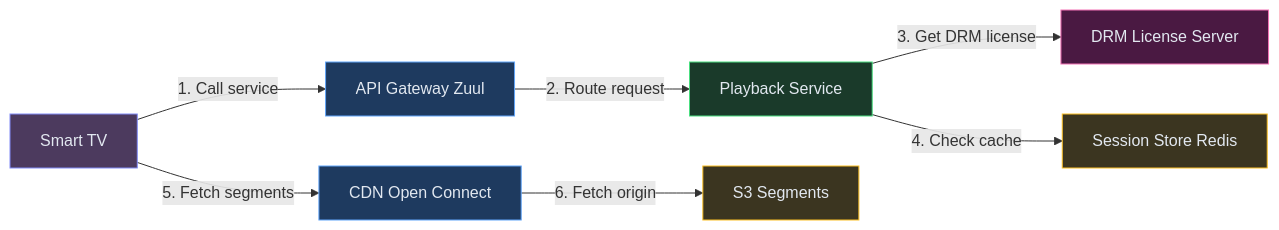
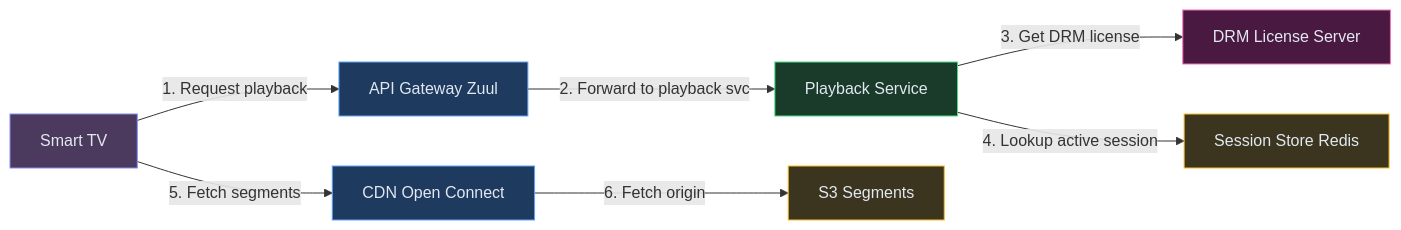
The third of 10 diagrams in content/hld/Netflix.md (iluzn/HLD-Designs), drawn with Mermaid before and after one commit. The commit also changed other lines of this file and 27 other files, not shown here.

````diff
--- a/content/hld/Netflix.md
+++ b/content/hld/Netflix.md
@@ -250,24 +250,24 @@
 ```mermaid
 flowchart LR
     TV["Smart TV"]:::client
     GW["API Gateway Zuul"]:::edge
     PS["Playback Service"]:::service
     DRM["DRM License Server"]:::external
     CDN["CDN Open Connect"]:::edge
     S3["S3 Segments"]:::data
     SS["Session Store Redis"]:::data
 
-    TV -->|"1. Call service"| GW
-    GW -->|"2. Route request"| PS
+    TV -->|"1. Request playback"| GW
+    GW -->|"2. Forward to playback svc"| PS
     PS -->|"3. Get DRM license"| DRM
-    PS -->|"4. Check cache"| SS
+    PS -->|"4. Lookup active session"| SS
     TV -->|"5. Fetch segments"| CDN
     CDN -->|"6. Fetch origin"| S3
 
     classDef client fill:#4c3a5e,stroke:#818cf8,color:#e2e8f0
     classDef edge fill:#1e3a5f,stroke:#60a5fa,color:#e2e8f0
     classDef service fill:#1a3a2a,stroke:#4ade80,color:#e2e8f0
     classDef async fill:#3b1f5e,stroke:#c084fc,color:#e2e8f0
     classDef data fill:#3b3520,stroke:#fbbf24,color:#e2e8f0
     classDef external fill:#4a1942,stroke:#f472b6,color:#e2e8f0
 ```
````
